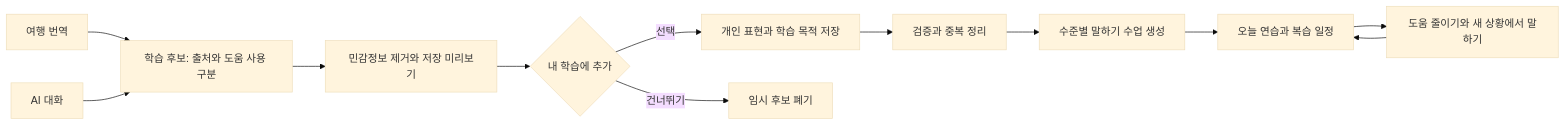
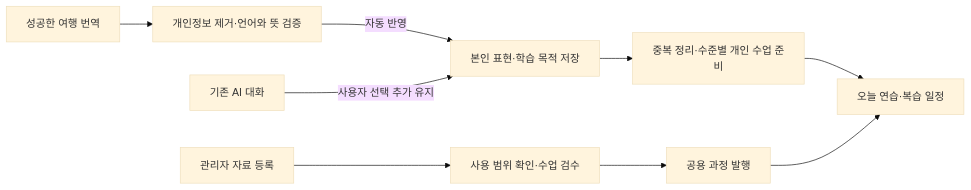
Before and after one commit to hhj4861/commerce-automation-kit: the second of 4 diagrams in docs/HANMADI-CONVERSATION-APP-DESIGN.md, drawn with Mermaid (base theme). The commit also changed other lines of this file and 7 other files, not shown here.

````diff
--- a/docs/HANMADI-CONVERSATION-APP-DESIGN.md
+++ b/docs/HANMADI-CONVERSATION-APP-DESIGN.md
@@ -248,14 +254,11 @@
 ```mermaid
 flowchart LR
-    T[여행 번역] --> C[학습 후보: 출처와 도움 사용 구분]
-    A[AI 대화] --> C
-    C --> P[민감정보 제거와 저장 미리보기]
-    P --> U{내 학습에 추가}
-    U -->|선택| S[개인 표현과 학습 목적 저장]
-    U -->|건너뛰기| X[임시 후보 폐기]
-    S --> V[검증과 중복 정리]
-    V --> L[수준별 말하기 수업 생성]
-    L --> D[오늘 연습과 복습 일정]
-    D --> R[도움 줄이기와 새 상황에서 말하기]
-    R --> D
+    M[관리자 자료 등록] --> V[사용 범위 확인·수업 검수]
+    V --> C[공용 과정 발행]
+    T[성공한 여행 번역] --> P[개인정보 제거·언어와 뜻 검증]
+    P -->|자동 반영| S[본인 표현·학습 목적 저장]
+    A[기존 AI 대화] -->|사용자 선택 추가 유지| S
+    S --> L[중복 정리·수준별 개인 수업 준비]
+    L --> D[오늘 연습·복습 일정]
+    C --> D
 ```
````
